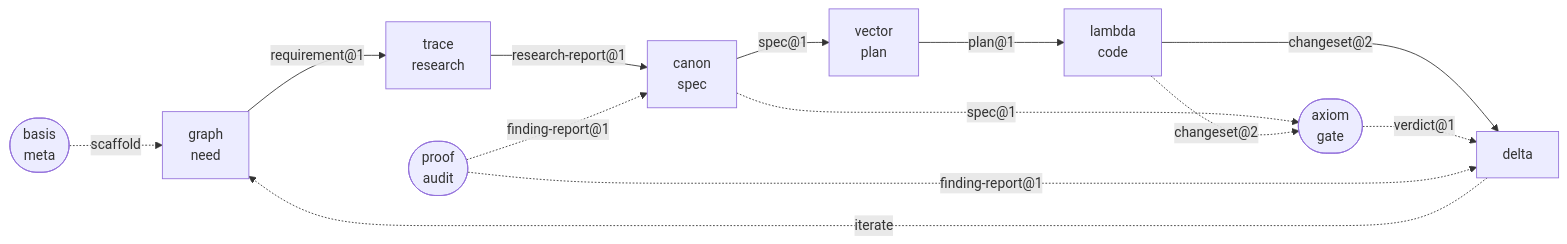
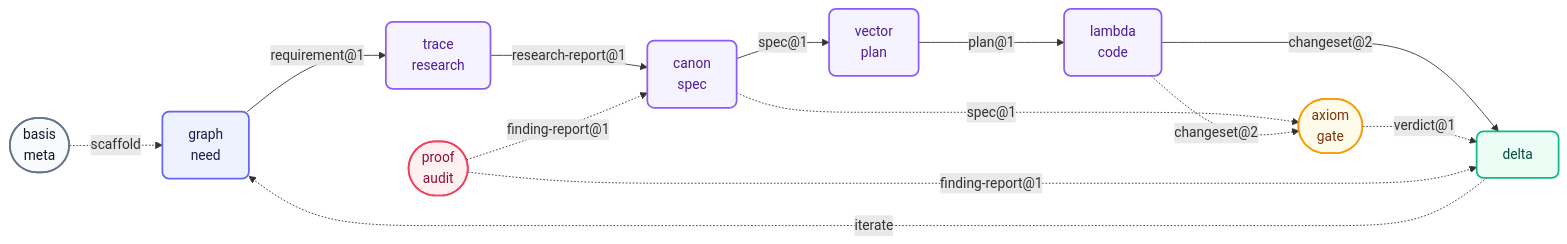
One commit to orin-dx/agent-plugins changed the diagram in README.md. Above: the diagram before and after it, drawn with Mermaid. The commit also changed 1 other file, not shown here.

````diff
--- a/README.md
+++ b/README.md
@@ -25,18 +25,32 @@
 ```mermaid
 flowchart LR
+    classDef source fill:#eef2ff,stroke:#6366f1,stroke-width:2px,color:#1e1b4b,rx:8px,ry:8px;
+    classDef store fill:#f8fafc,stroke:#64748b,stroke-width:2px,color:#0f172a,rx:8px,ry:8px;
+    classDef engine fill:#f5f3ff,stroke:#8b5cf6,stroke-width:2px,color:#4c1d95,rx:8px,ry:8px;
+    classDef router fill:#fffbeb,stroke:#f59e0b,stroke-width:2px,color:#78350f,rx:8px,ry:8px;
+    classDef output fill:#ecfdf5,stroke:#10b981,stroke-width:2px,color:#064e3b,rx:8px,ry:8px;
+    classDef alert fill:#fff1f2,stroke:#f43f5e,stroke-width:2px,color:#881337,rx:8px,ry:8px;
+
     gr[graph\nneed] -->|"requirement@1"| tr[trace\nresearch]
     tr -->|"research-report@1"| ca[canon\nspec]
     ca -->|"spec@1"| ve[vector\nplan]
     ve -->|"plan@1"| la[lambda\ncode]
     la -->|"changeset@2"| de[delta]
     de -. iterate .-> gr
 
     ax([axiom\ngate])
     ca -.->|"spec@1"| ax
     la -.->|"changeset@2"| ax
     ax -.->|"verdict@1"| de
 
     pr([proof\naudit]) -.->|"finding-report@1"| de
     pr -.->|"finding-report@1"| ca
     ba([basis\nmeta]) -. scaffold .-> gr
+
+    class gr source
+    class tr,ca,ve,la engine
+    class de output
+    class ax router
+    class pr alert
+    class ba store
 ```
````
